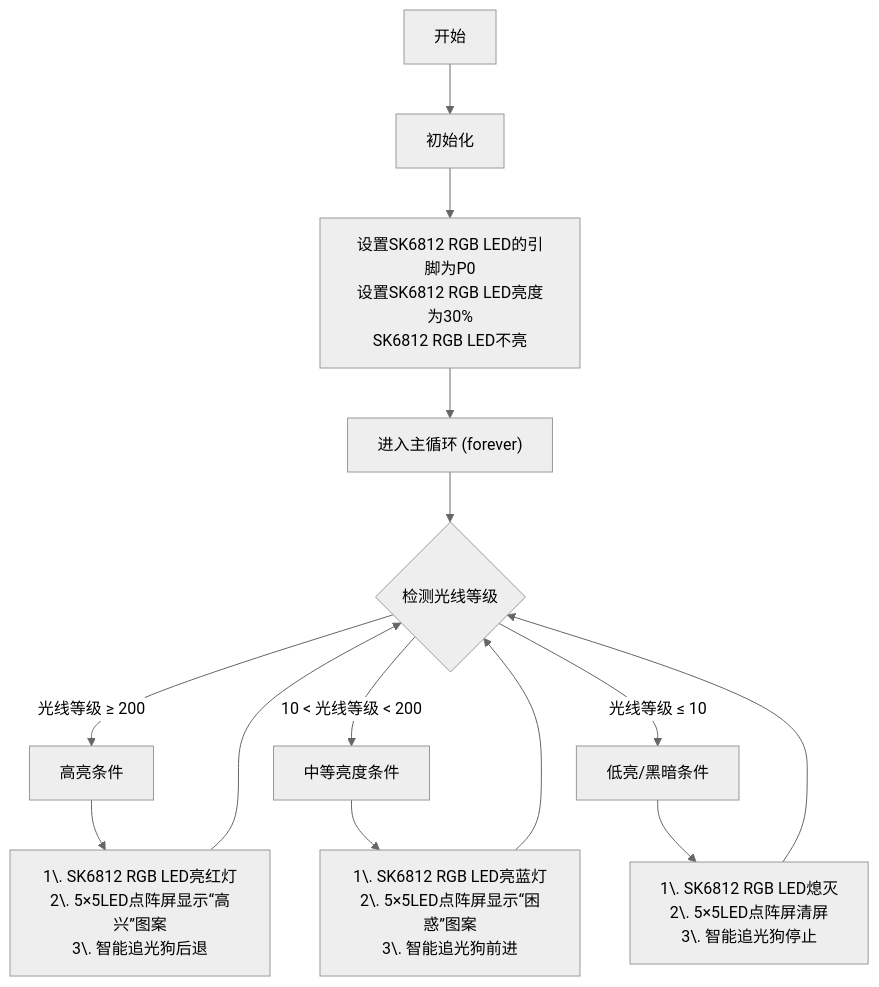
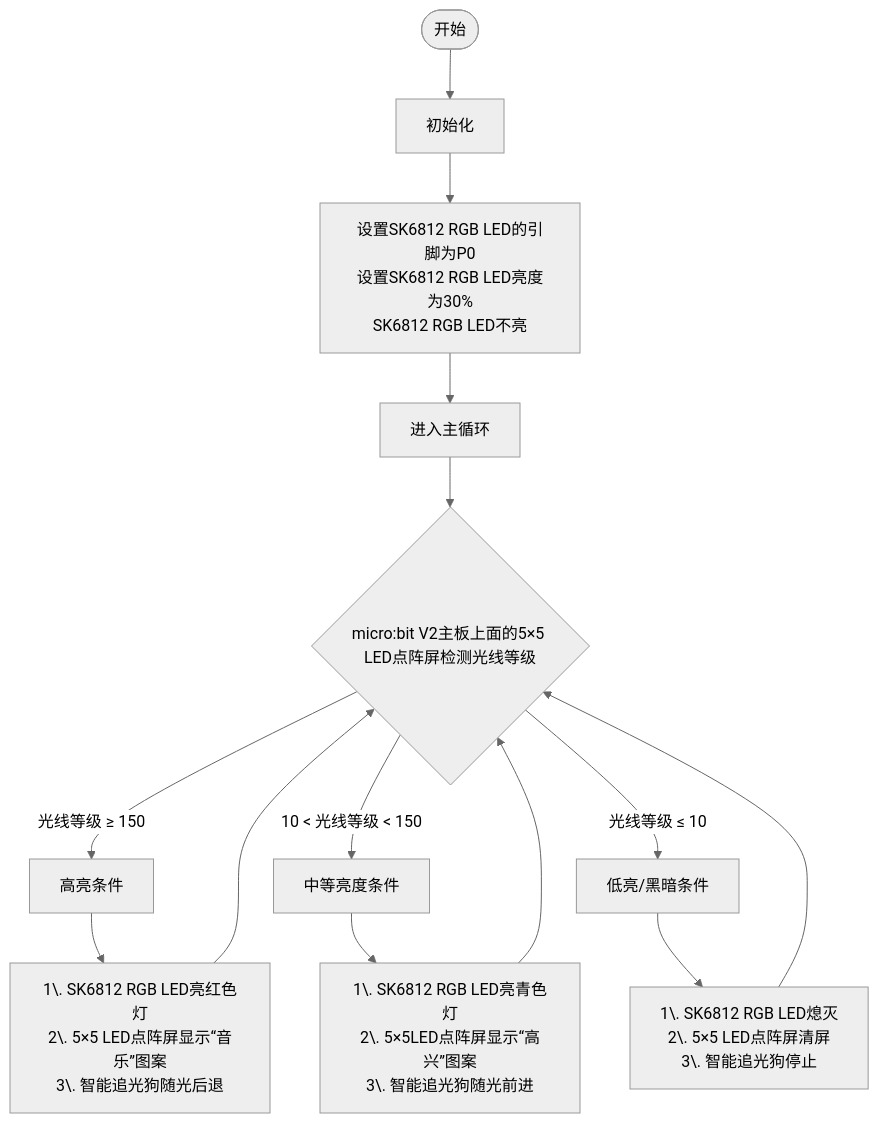
The diagram in docs/MakeCode_教程/Projects/课程06.md (keyestudio/KS0604-Keyestudio-Microbit-8-1-), drawn with Mermaid (neutral theme) before and after one commit. The commit also changed other lines of this file and 235 other files, not shown here.

````diff
--- a/docs/MakeCode_教程/Projects/课程06.md
+++ b/docs/MakeCode_教程/Projects/课程06.md
@@ -45,25 +111,25 @@
 ```mermaid
 flowchart TD
-    Start["开始"] --> OnInit1["初始化"]
+    Start([开始]) --> OnInit1[初始化]
 
-    OnInit1 --> OnInit2["设置SK6812 RGB LED的引脚为P0<br>设置SK6812 RGB LED亮度为30%<br>SK6812 RGB LED不亮"]
+    OnInit1 --> OnInit2[设置SK6812 RGB LED的引脚为P0<br>设置SK6812 RGB LED亮度为30%<br>SK6812 RGB LED不亮]
     
-    OnInit2 --> Forever["进入主循环 (forever)"]
+    OnInit2 --> Forever[进入主循环]
     
-    Forever --> Conditionals{检测光线等级}
+    Forever --> Conditionals{micro:bit V2主板上面的5×5 LED点阵屏检测光线等级}
 
-    Conditionals -- 光线等级 ≥ 200 --> Conditionals1[高亮条件]
+    Conditionals -- 光线等级 ≥ 150 --> Conditionals1[高亮条件]
     
-    Conditionals1 --> EventA["1\. SK6812 RGB LED亮红灯<br>2\. 5×5LED点阵屏显示“高兴”图案<br>3\. 智能追光狗后退"]
+    Conditionals1 --> EventA[1\. SK6812 RGB LED亮红色灯<br>2\. 5×5 LED点阵屏显示“音乐”图案<br>3\. 智能追光狗随光后退]
     EventA --> Conditionals
 
-    Conditionals -- 10 < 光线等级 < 200 --> Conditionals2[中等亮度条件]
+    Conditionals -- 10 < 光线等级 < 150 --> Conditionals2[中等亮度条件]
 
-    Conditionals2 --> EventB["1\. SK6812 RGB LED亮蓝灯<br>2\. 5×5LED点阵屏显示“困惑”图案<br>3\. 智能追光狗前进"]
+    Conditionals2 --> EventB[1\. SK6812 RGB LED亮青色灯<br>2\. 5×5LED点阵屏显示“高兴”图案<br>3\. 智能追光狗随光前进]
     EventB --> Conditionals
 
     Conditionals -- 光线等级 ≤ 10 --> Conditionals3[低亮/黑暗条件]
 
-    Conditionals3 --> EventC["1\. SK6812 RGB LED熄灭<br>2\. 5×5LED点阵屏清屏<br>3\. 智能追光狗停止"]
+    Conditionals3 --> EventC[1\. SK6812 RGB LED熄灭<br>2\. 5×5 LED点阵屏清屏<br>3\. 智能追光狗停止]
     EventC --> Conditionals
 ```
````
